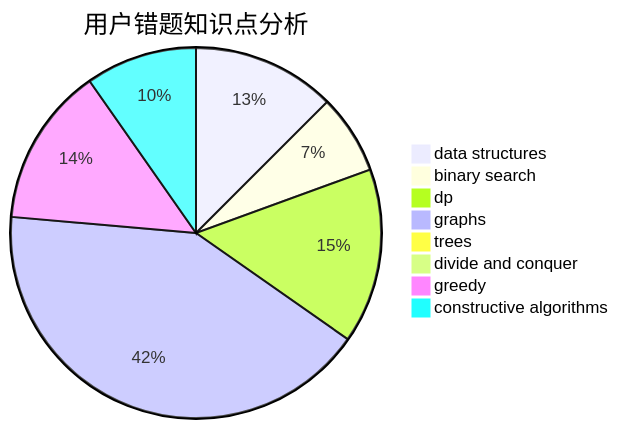
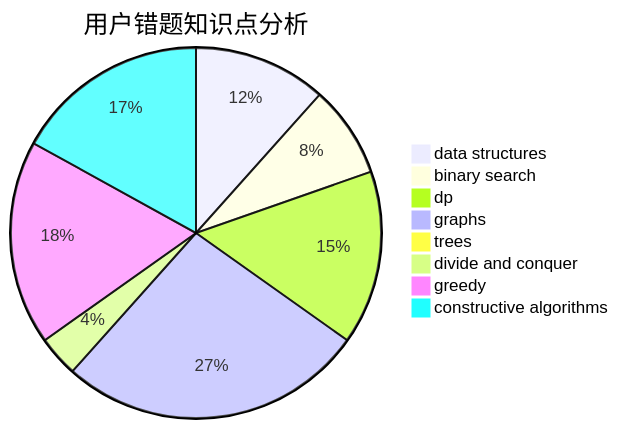
Before and after one commit to sherpahu/cfrs.github.io: the third of 3 diagrams in docs/user/u1351.md, drawn with Mermaid. The commit also changed other lines of this file and 2770 other files, not shown here.

````diff
--- a/docs/user/u1351.md
+++ b/docs/user/u1351.md
@@ -36,11 +36,11 @@
 ```mermaid
 pie title 用户错题知识点分析
-    "data structures" :  9
-    "binary search" :  5
-    "dp" :  11
+    "data structures" :  13
+    "binary search" :  9
+    "dp" :  17
     "graphs" :  30
     "trees" :  0
-    "divide and conquer" :  0
-    "greedy" :  10
-    "constructive algorithms" :  7
+    "divide and conquer" :  4
+    "greedy" :  20
+    "constructive algorithms" :  19
 ```
````
